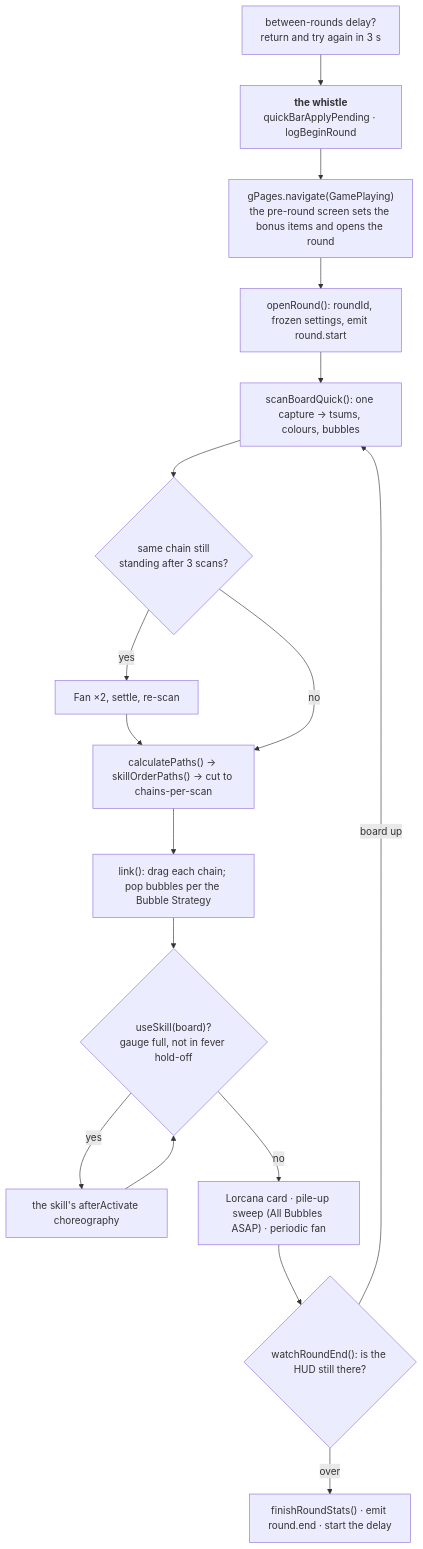
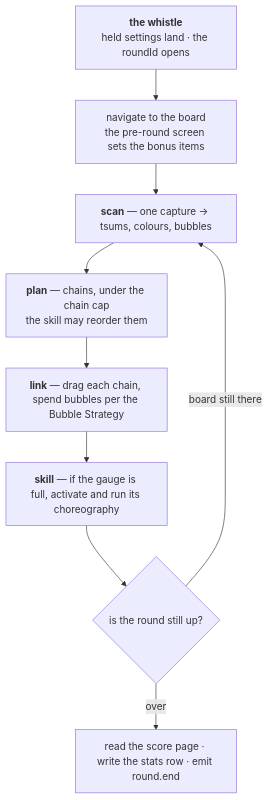
Before and after one commit to TsumTsumScripts/tsum-tsum-script: the diagram in website/docs/architecture/play-loop.md, drawn with Mermaid. The commit also changed other lines of this file and 14 other files, not shown here.

````diff
--- a/website/docs/architecture/play-loop.md
+++ b/website/docs/architecture/play-loop.md
@@ -13,25 +14,14 @@
 ```mermaid
 flowchart TD
-  delay["between-rounds delay?<br/>return and try again in 3 s"]
-  whistle["<b>the whistle</b><br/>quickBarApplyPending · logBeginRound"]
-  nav["gPages.navigate(GamePlaying)<br/>the pre-round screen sets the bonus items and opens the round"]
-  open["openRound(): roundId, frozen settings, emit round.start"]
-  scan["scanBoardQuick(): one capture → tsums, colours, bubbles"]
-  stall{"same chain still<br/>standing after 3 scans?"}
-  fan["Fan ×2, settle, re-scan"]
-  paths["calculatePaths() → skillOrderPaths() → cut to chains-per-scan"]
-  link["link(): drag each chain; pop bubbles per the Bubble Strategy"]
-  skill{"useSkill(board)?<br/>gauge full, not in fever hold-off"}
-  choreo["the skill's afterActivate choreography"]
-  extras["Lorcana card · pile-up sweep (All Bubbles ASAP) · periodic fan"]
-  live{"watchRoundEnd(): is the HUD still there?"}
-  over["finishRoundStats() · emit round.end · start the delay"]
-  delay --> whistle --> nav --> open --> scan --> stall
-  stall -- yes --> fan --> paths
-  stall -- no --> paths
-  paths --> link --> skill
-  skill -- yes --> choreo --> skill
-  skill -- no --> extras --> live
-  live -- board up --> scan
-  live -- over --> over
+  whistle["<b>the whistle</b><br/>held settings land · the roundId opens"]
+  nav["navigate to the board<br/>the pre-round screen sets the bonus items"]
+  scan["<b>scan</b> — one capture → tsums, colours, bubbles"]
+  plan["<b>plan</b> — chains, under the chain cap<br/>the skill may reorder them"]
+  link["<b>link</b> — drag each chain, spend bubbles per the Bubble Strategy"]
+  skill["<b>skill</b> — if the gauge is full, activate and run its choreography"]
+  live{"is the round still up?"}
+  over["read the score page · write the stats row · emit round.end"]
+  whistle --> nav --> scan --> plan --> link --> skill --> live
+  live -- "board still there" --> scan
+  live -- "over" --> over
 ```
````
